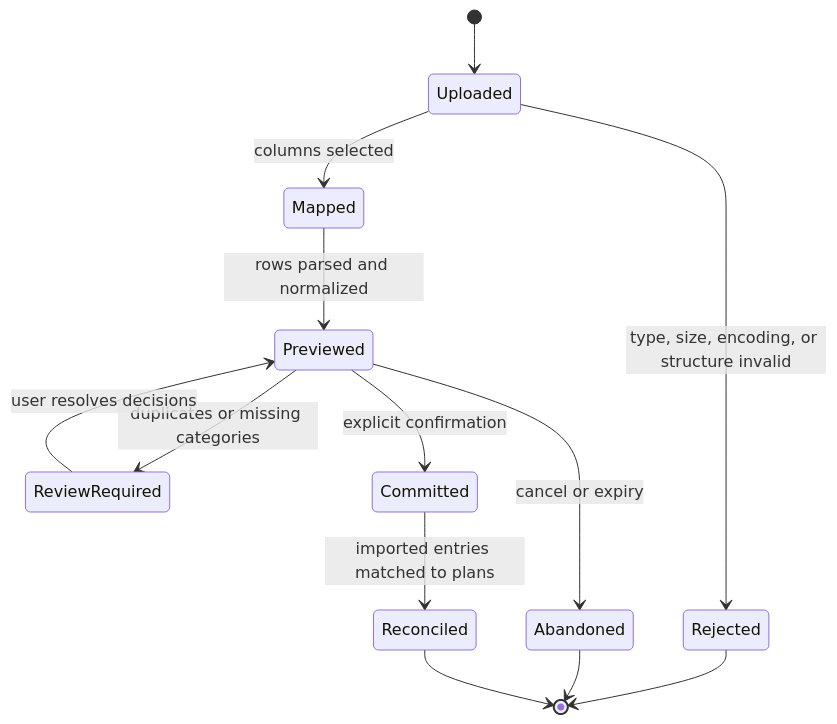
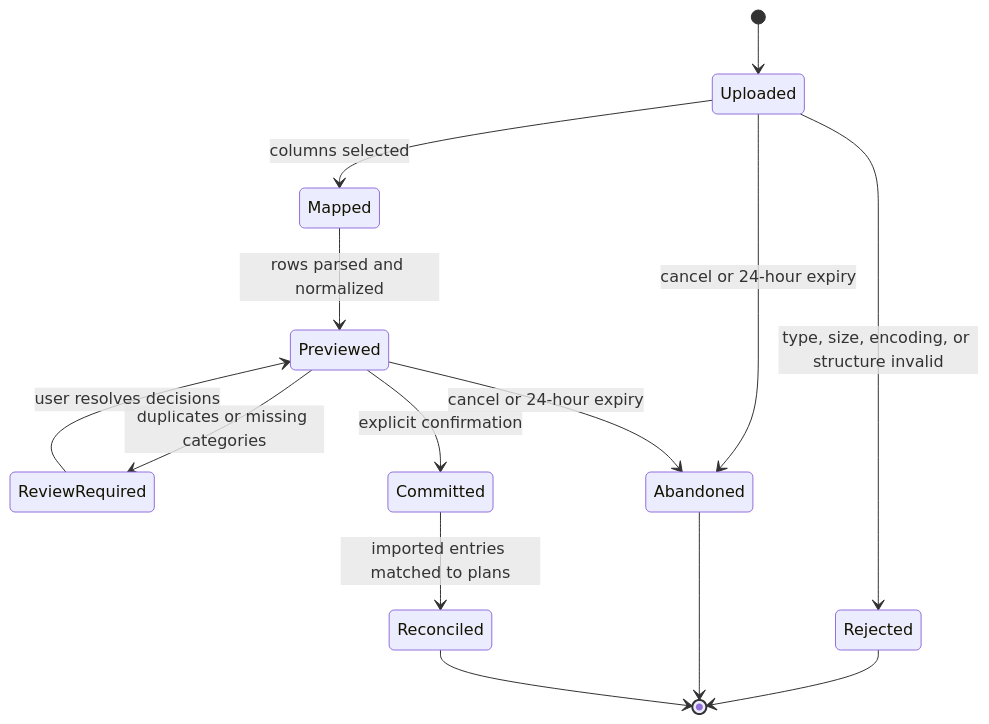
One commit to hnelson119/BudgetApp changed the ninth of 13 diagrams in WORKFLOWS.md. Above: the diagram before and after it, drawn with Mermaid. The commit also changed other lines of this file and 26 other files, not shown here.

````diff
--- a/WORKFLOWS.md
+++ b/WORKFLOWS.md
@@ -196,15 +196,16 @@
 ```mermaid
 stateDiagram-v2
     [*] --> Uploaded
     Uploaded --> Rejected: type, size, encoding, or structure invalid
     Uploaded --> Mapped: columns selected
     Mapped --> Previewed: rows parsed and normalized
     Previewed --> ReviewRequired: duplicates or missing categories
     ReviewRequired --> Previewed: user resolves decisions
     Previewed --> Committed: explicit confirmation
-    Previewed --> Abandoned: cancel or expiry
+    Uploaded --> Abandoned: cancel or 24-hour expiry
+    Previewed --> Abandoned: cancel or 24-hour expiry
     Committed --> Reconciled: imported entries matched to plans
     Rejected --> [*]
     Abandoned --> [*]
     Reconciled --> [*]
 ```
````
